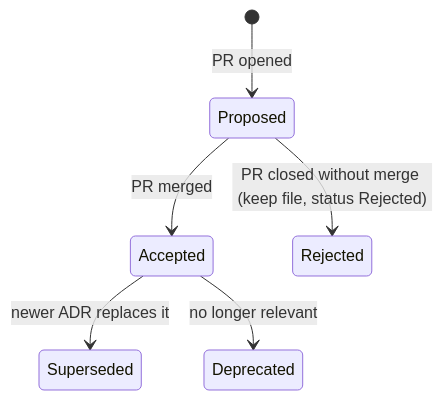
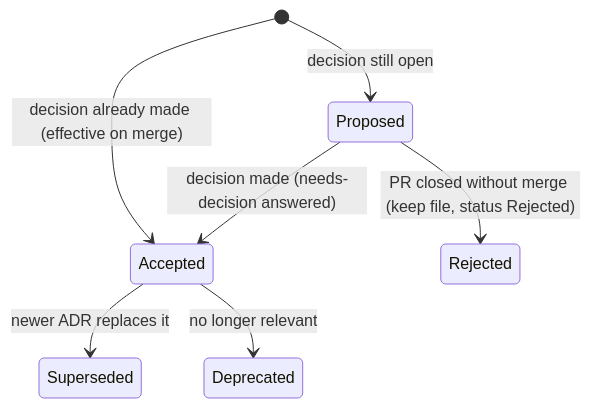
The diagram in docs/conventions/documentation.md (vinhphu2209/expense-app), drawn with Mermaid before and after one commit. The commit also changed 1 other file, not shown here.

Commit message:
docs(adr): give hotfix back-merges into release branches explicit steps
Hotfix back-merges into an open release branch now use a
chore/back-merge-* branch, so /merge classifies them as back-merges; the
branching §5 table uses the same definition as pull requests §5.1. The ADR
lifecycle diagram matches the status rule.

Refs: #57

````diff
--- a/docs/conventions/documentation.md
+++ b/docs/conventions/documentation.md
@@ -48,8 +48,9 @@
 ```mermaid
 stateDiagram-v2
-  [*] --> Proposed: PR opened
-  Proposed --> Accepted: PR merged
+  [*] --> Accepted: decision already made (effective on merge)
+  [*] --> Proposed: decision still open
+  Proposed --> Accepted: decision made (needs-decision answered)
   Proposed --> Rejected: PR closed without merge (keep file, status Rejected)
   Accepted --> Superseded: newer ADR replaces it
   Accepted --> Deprecated: no longer relevant
 ```
````
